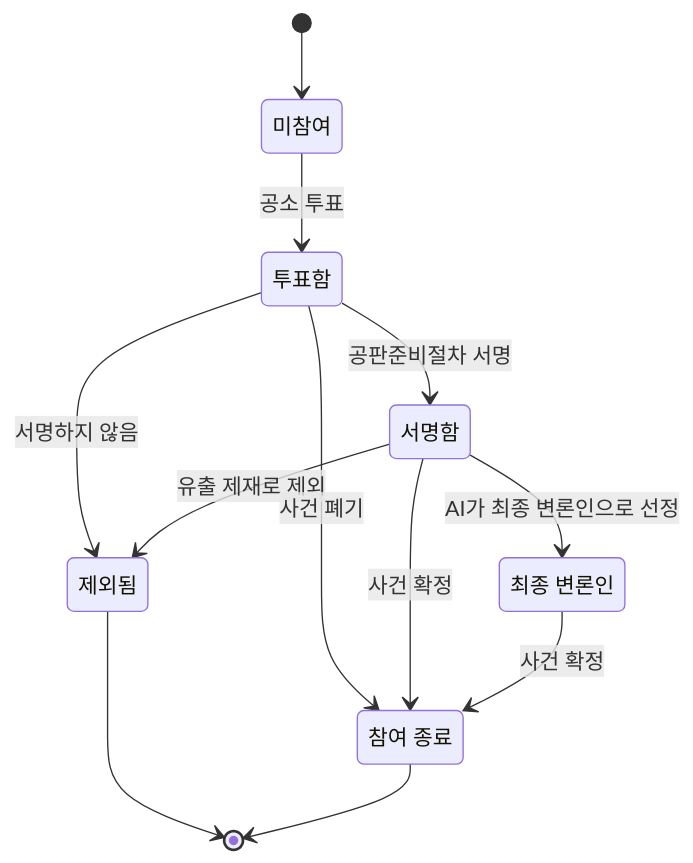
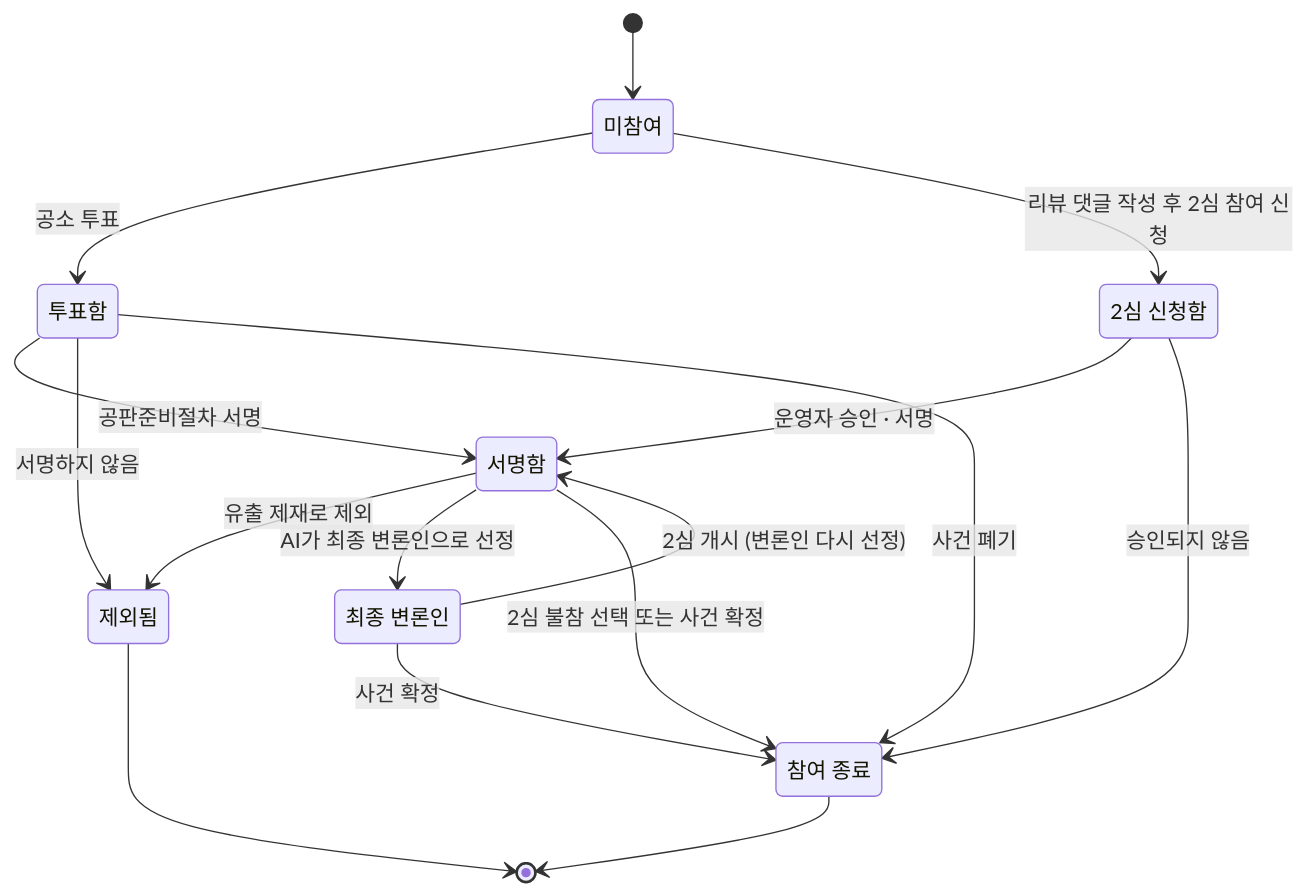
One commit to Code-Name-JS/virtual-courtroom changed the second of 2 diagrams in docs/02-case-lifecycle.md. Above: the diagram before and after it, drawn with Mermaid. The commit also changed other lines of this file and 2 other files, not shown here.

````diff
--- a/docs/02-case-lifecycle.md
+++ b/docs/02-case-lifecycle.md
@@ -93,21 +121,26 @@
 ```mermaid
 stateDiagram-v2
     state "미참여" as NONE
     state "투표함" as VOTED
+    state "2심 신청함" as APPLIED
     state "서명함" as SIGNED
     state "제외됨" as EXCLUDED
     state "최종 변론인" as ADVOCATE
     state "참여 종료" as DONE
 
     [*] --> NONE
     NONE --> VOTED: 공소 투표
+    NONE --> APPLIED: 리뷰 댓글 작성 후 2심 참여 신청
+    APPLIED --> SIGNED: 운영자 승인 · 서명
+    APPLIED --> DONE: 승인되지 않음
     VOTED --> SIGNED: 공판준비절차 서명
     VOTED --> EXCLUDED: 서명하지 않음
+    VOTED --> DONE: 사건 폐기
     SIGNED --> EXCLUDED: 유출 제재로 제외
-    VOTED --> DONE: 사건 폐기
     SIGNED --> ADVOCATE: AI가 최종 변론인으로 선정
-    SIGNED --> DONE: 사건 확정
+    ADVOCATE --> SIGNED: 2심 개시 (변론인 다시 선정)
+    SIGNED --> DONE: 2심 불참 선택 또는 사건 확정
     ADVOCATE --> DONE: 사건 확정
     EXCLUDED --> [*]
     DONE --> [*]
 ```
````
